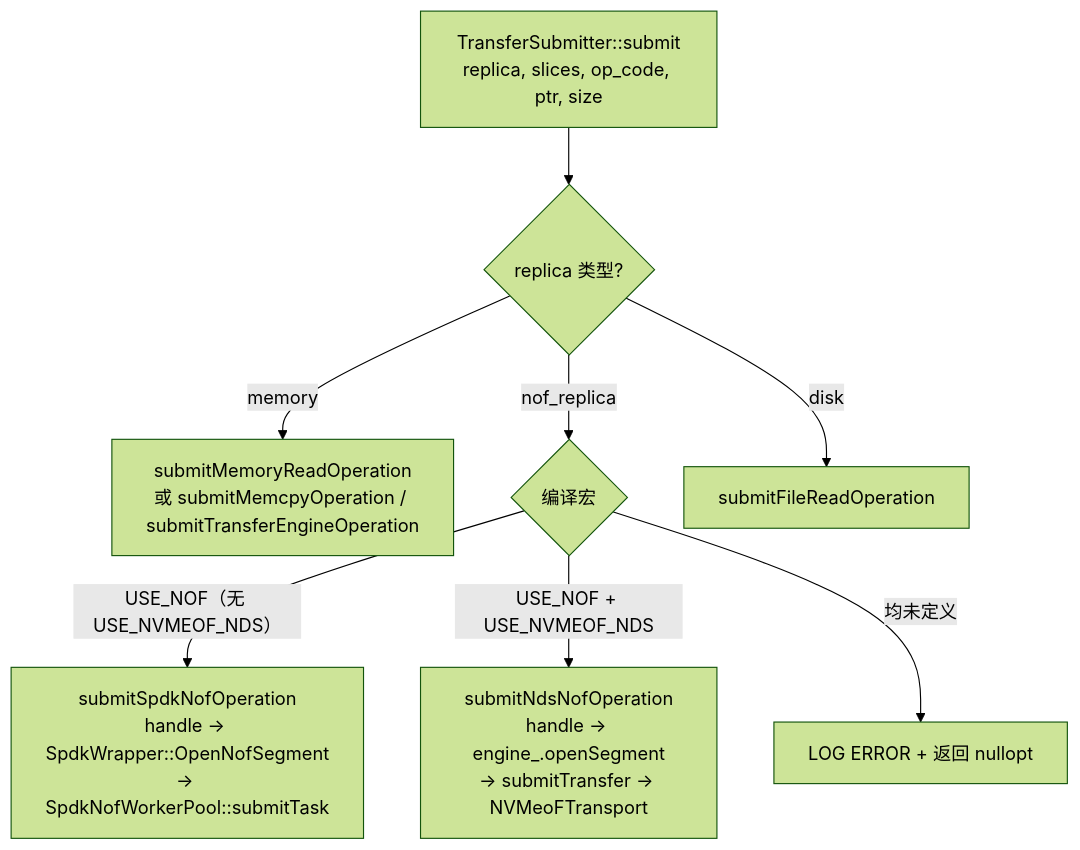
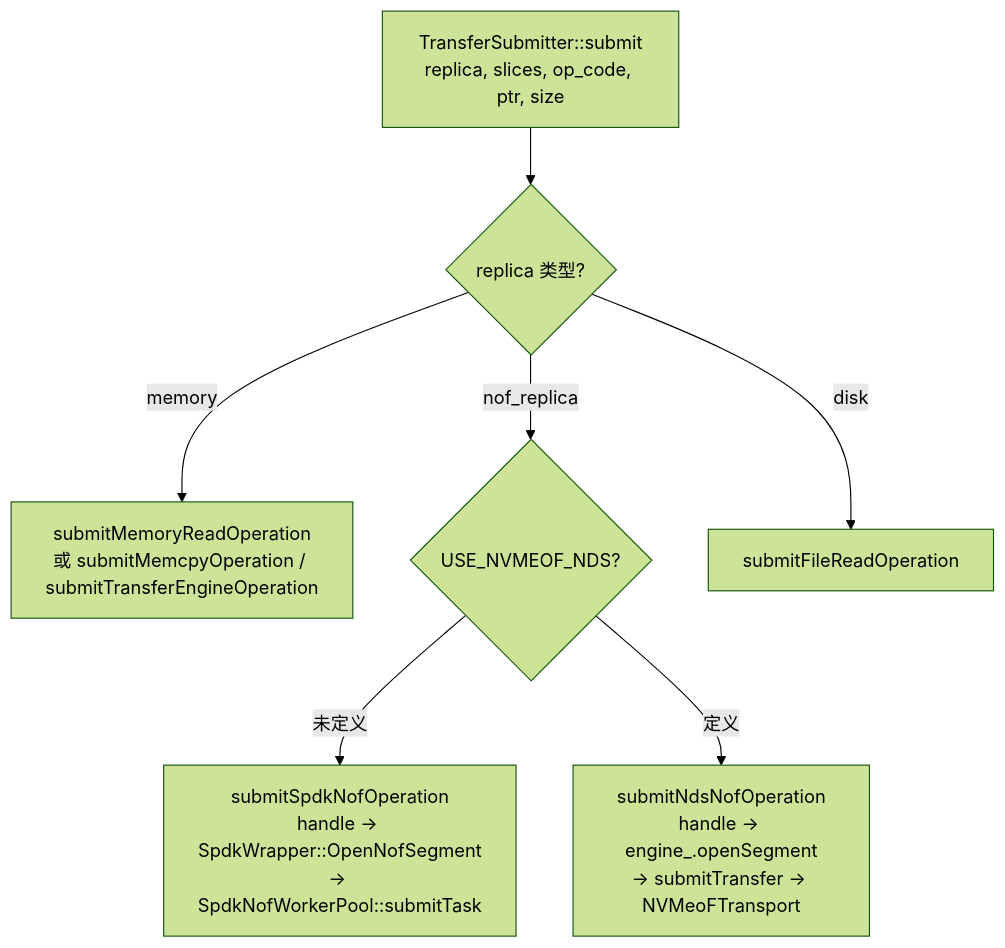
One commit to yz53665/Mooncake changed diagram 13 of 17 in docs/rfc-nds-nvmeof-transport-cn.md. Above: the diagram before and after it, drawn with Mermaid (forest theme). The commit also changed other lines of this file, not shown here.

````diff
--- a/docs/rfc-nds-nvmeof-transport-cn.md
+++ b/docs/rfc-nds-nvmeof-transport-cn.md
@@ -546,10 +542,9 @@
 ```mermaid
 flowchart TD
     A[TransferSubmitter::submit<br/>replica, slices, op_code, ptr, size] --> B{replica 类型?}
     B -->|memory| M[submitMemoryReadOperation<br/>或 submitMemcpyOperation / submitTransferEngineOperation]
-    B -->|nof_replica| N{编译宏}
+    B -->|nof_replica| N{USE_NVMEOF_NDS?}
     B -->|disk| D[submitFileReadOperation]
-    N -->|"USE_NOF（无 USE_NVMEOF_NDS）"| NOF_SPDK[submitSpdkNofOperation<br/>handle → SpdkWrapper::OpenNofSegment<br/>→ SpdkNofWorkerPool::submitTask]
-    N -->|"USE_NOF + USE_NVMEOF_NDS"| NOF_NDS[submitNdsNofOperation<br/>handle → engine_.openSegment<br/>→ submitTransfer → NVMeoFTransport]
-    N -->|均未定义| ERR[LOG ERROR + 返回 nullopt]
+    N -->|未定义| NOF_SPDK[submitSpdkNofOperation<br/>handle → SpdkWrapper::OpenNofSegment<br/>→ SpdkNofWorkerPool::submitTask]
+    N -->|定义| NOF_NDS[submitNdsNofOperation<br/>handle → engine_.openSegment<br/>→ submitTransfer → NVMeoFTransport]
 ```
````
